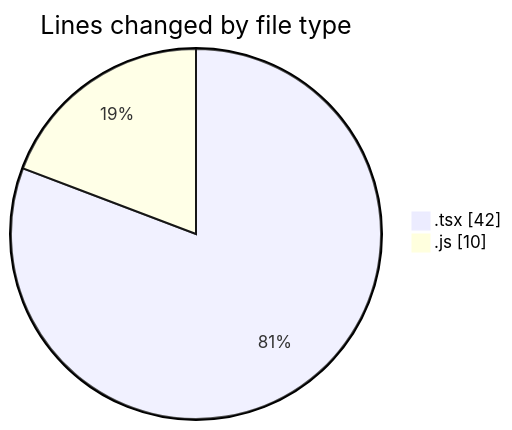
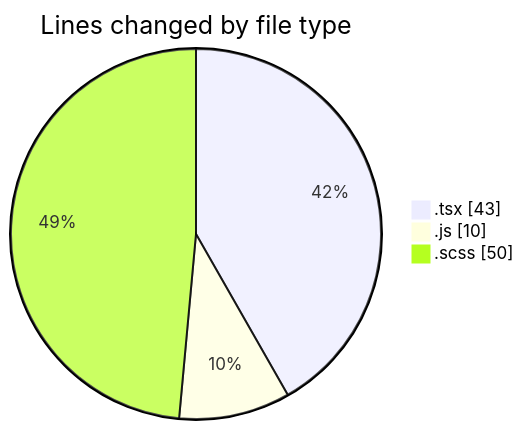
Before and after one commit to momahboobian/code-tracking: the first of 2 diagrams in 2026-08-25/cda/README.md, drawn with Mermaid. The commit also changed other lines of this file and 1 other file, not shown here.

````diff
--- a/2026-08-25/cda/README.md
+++ b/2026-08-25/cda/README.md
@@ -22,6 +24,7 @@
 ```mermaid
 pie showData
 title Lines changed by file type
-".tsx" : 42
+".tsx" : 43
 ".js" : 10
+".scss" : 50
 ```
````
